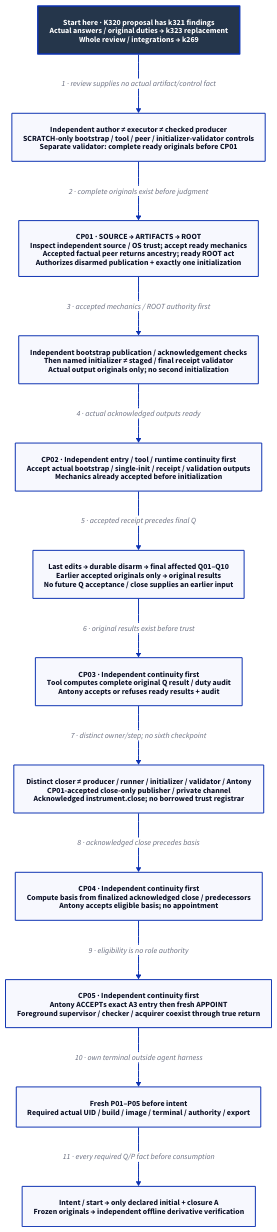
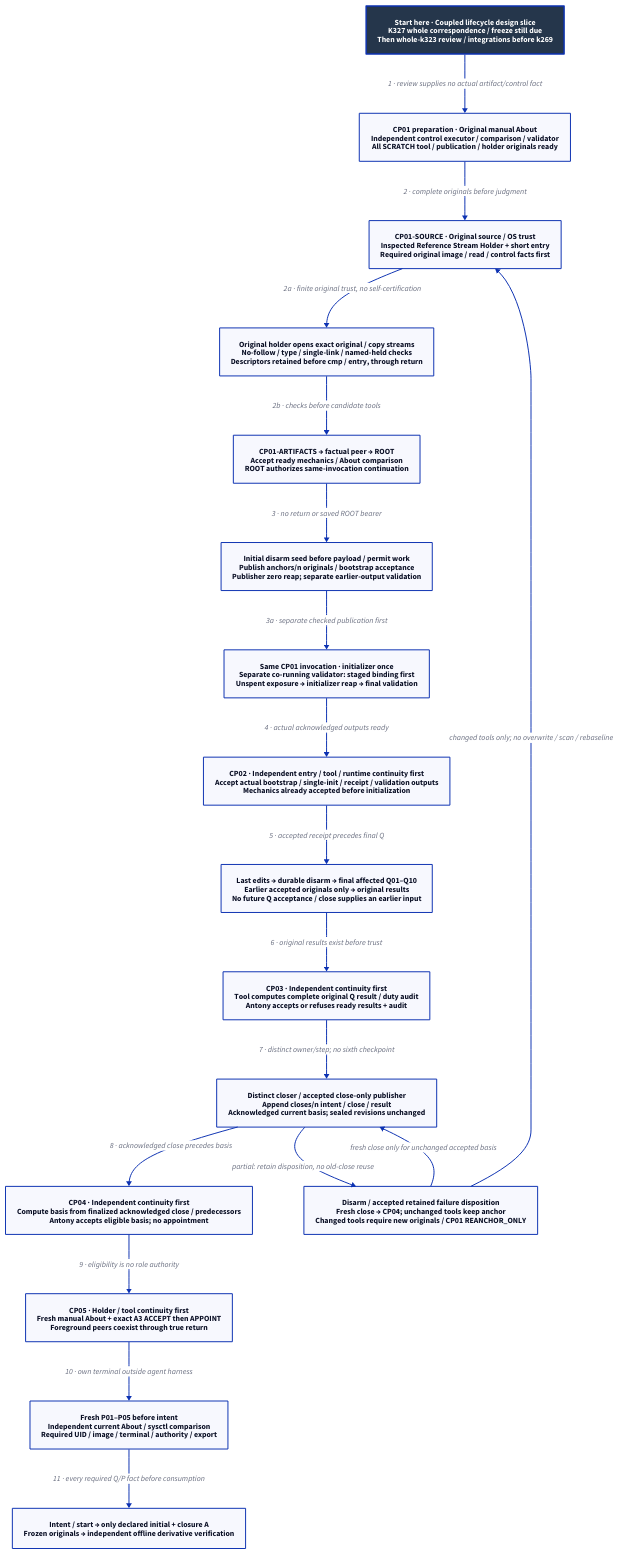
Before and after one commit to Linkuistics/Koine: the diagram in docs/design/architecture/native-reference-proof.d2, drawn with D2. The commit also changed 12 other files, not shown here.

Commit message:
Specify coupled reference-admission lifecycle contract (reference-evidence-lifecycle-contract-k326)

```diff
--- a/docs/design/architecture/native-reference-proof.d2
+++ b/docs/design/architecture/native-reference-proof.d2
@@ -1,28 +1,38 @@
-# K320 proposal reviewed as defective; k323 replacement/review precede construction.
+# K326 coupled lifecycle slice; k327 whole correspondence/freeze precedes k323 review.
 direction: down
 classes: {
   start: {style: {fill: "#25364B"; font-color: "#FFFFFF"; bold: true; stroke-width: 3}}
 }
-Start: "Start here · K320 proposal has k321 findings\nActual answers / original duties → k323 replacement\nWhole review / integrations → k269" {class: start}
-Prepare: "Independent author ≠ executor ≠ checked producer\nSCRATCH-only bootstrap / tool / peer / initializer-validator controls\nSeparate validator: complete ready originals before CP01"
-CP01: "CP01 · SOURCE → ARTIFACTS → ROOT\nInspect independent source / OS trust; accept ready mechanics\nAccepted factual peer returns ancestry; ready ROOT act\nAuthorizes disarmed publication + exactly one initialization"
-Initialize: "Independent bootstrap publication / acknowledgement checks\nThen named initializer ≠ staged / final receipt validator\nActual output originals only; no second initialization"
+Start: "Start here · Coupled lifecycle design slice\nK327 whole correspondence / freeze still due\nThen whole-k323 review / integrations before k269" {class: start}
+Prepare: "CP01 preparation · Original manual About\nIndependent control executor / comparison / validator\nAll SCRATCH tool / publication / holder originals ready"
+Source: "CP01-SOURCE · Original source / OS trust\nInspected Reference Stream Holder + short entry\nRequired original image / read / control facts first"
+Holder: "Original holder opens exact original / copy streams\nNo-follow / type / single-link / named-held checks\nDescriptors retained before cmp / entry, through return"
+CP01: "CP01-ARTIFACTS → factual peer → ROOT\nAccept ready mechanics / About comparison\nROOT authorizes same-invocation continuation"
+Bootstrap: "Initial disarm seed before payload / permit work\nPublish anchors/n originals / bootstrap acceptance\nPublisher zero reap; separate earlier-output validation"
+Initialize: "Same CP01 invocation · initializer once\nSeparate co-running validator: staged binding first\nUnspent exposure → initializer reap → final validation"
 CP02: "CP02 · Independent entry / tool / runtime continuity first\nAccept actual bootstrap / single-init / receipt / validation outputs\nMechanics already accepted before initialization"
 Q: "Last edits → durable disarm → final affected Q01–Q10\nEarlier accepted originals only → original results\nNo future Q acceptance / close supplies an earlier input"
 CP03: "CP03 · Independent continuity first\nTool computes complete original Q result / duty audit\nAntony accepts or refuses ready results + audit"
-Close: "Distinct closer ≠ producer / runner / initializer / validator / Antony\nCP01-accepted close-only publisher / private channel\nAcknowledged instrument.close; no borrowed trust registrar"
+Close: "Distinct closer / accepted close-only publisher\nAppend closes/n intent / close / result\nAcknowledged current basis; sealed revisions unchanged"
 CP04: "CP04 · Independent continuity first\nCompute basis from finalized acknowledged close / predecessors\nAntony accepts eligible basis; no appointment"
-CP05: "CP05 · Independent continuity first\nAntony ACCEPTs exact A3 entry then fresh APPOINT\nForeground supervisor / checker / acquirer coexist through true return"
-P: "Fresh P01–P05 before intent\nRequired actual UID / build / image / terminal / authority / export"
+CP05: "CP05 · Holder / tool continuity first\nFresh manual About + exact A3 ACCEPT then APPOINT\nForeground peers coexist through true return"
+P: "Fresh P01–P05 before intent\nIndependent current About / sysctl comparison\nRequired UID / image / terminal / authority / export"
 A: "Intent / start → only declared initial + closure A\nFrozen originals → independent offline derivative verification"
 Start -> Prepare: "1 · review supplies no actual artifact/control fact"
-Prepare -> CP01: "2 · complete originals exist before judgment"
-CP01 -> Initialize: "3 · accepted mechanics / ROOT authority first"
+Prepare -> Source: "2 · complete originals before judgment"
+Source -> Holder: "2a · finite original trust, no self-certification"
+Holder -> CP01: "2b · checks before candidate tools"
+CP01 -> Bootstrap: "3 · no return or saved ROOT bearer"
+Bootstrap -> Initialize: "3a · separate checked publication first"
 Initialize -> CP02: "4 · actual acknowledged outputs ready"
 CP02 -> Q: "5 · accepted receipt precedes final Q"
 Q -> CP03: "6 · original results exist before trust"
 CP03 -> Close: "7 · distinct owner/step; no sixth checkpoint"
 Close -> CP04: "8 · acknowledged close precedes basis"
 CP04 -> CP05: "9 · eligibility is no role authority"
 CP05 -> P: "10 · own terminal outside agent harness"
 P -> A: "11 · every required Q/P fact before consumption"
+Correction: "Disarm / accepted retained failure disposition\nFresh close → CP04; unchanged tools keep anchor\nChanged tools require new originals / CP01 REANCHOR_ONLY"
+Close -> Correction: "partial: retain disposition, no old-close reuse"
+Correction -> Close: "fresh close only for unchanged accepted basis"
+Correction -> Source: "changed tools only; no overwrite / scan / rebaseline"
```
